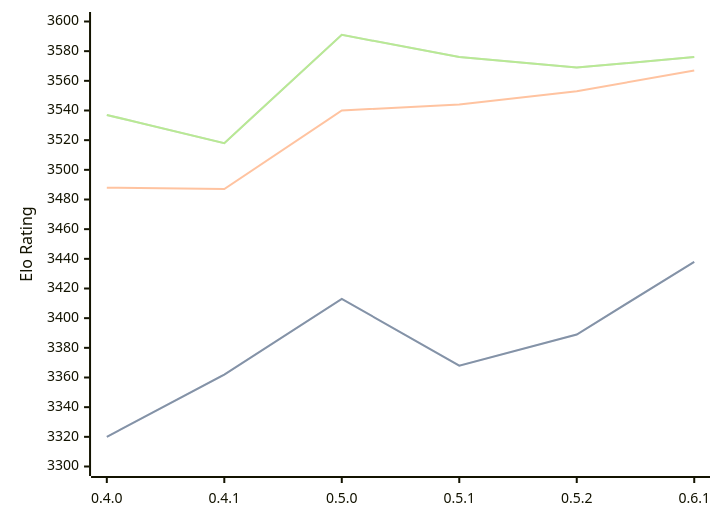
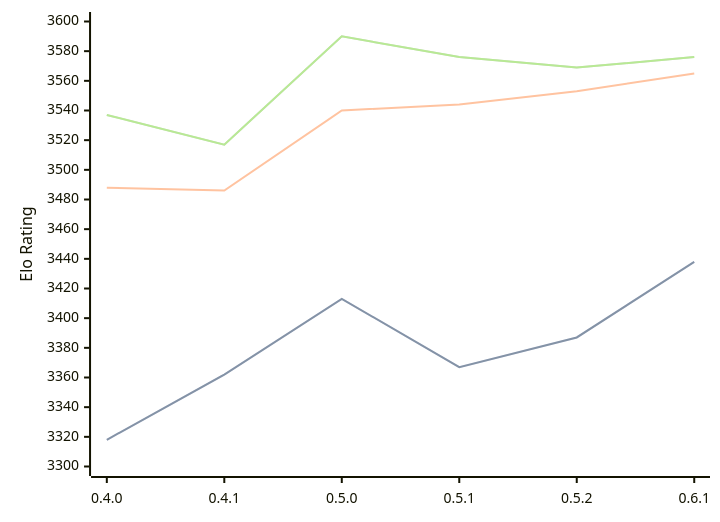
One commit to computer-chess-index/cci changed the diagram in engines/Cinder.md. Above: the diagram before and after it, drawn with Mermaid. The commit also changed other lines of this file, not shown here.

Commit message:
Update CCI Ratings (ELO VLTC) - 2026-10-01

````diff
--- a/engines/Cinder.md
+++ b/engines/Cinder.md
@@ -37,11 +37,11 @@
 ```mermaid
 %%{init: {"theme":"base","themeVariables":{"seriesColors:['#a3a3a3','#222221','#faa371']}}}%%
 xychart-beta
   x-axis ["0.4.0", "0.4.1", "0.5.0", "0.5.1", "0.5.2", "0.6.1"]
   y-axis "Elo Rating" 3300 --> 3600
-  line "" [3320, 3362, 3413, 3368, 3389, 3438]
-  line "STC (8.0+0.08s)" [3320, 3362, 3413, 3368, 3389, 3438]
-  line "LTC (60.0+0.60s)" [3488, 3487, 3540, 3544, 3553, 3567]
-  line "" [3537, 3518, 3591, 3576, 3569, 3576]
-  line "VLTC (2m24s+1.12s)" [3537, 3518, 3591, 3576, 3569, 3576]
+  line "" [3318, 3362, 3413, 3367, 3387, 3438]
+  line "STC (8.0+0.08s)" [3318, 3362, 3413, 3367, 3387, 3438]
+  line "LTC (60.0+0.60s)" [3488, 3486, 3540, 3544, 3553, 3565]
+  line "" [3537, 3517, 3590, 3576, 3569, 3576]
+  line "VLTC (2m24s+1.12s)" [3537, 3517, 3590, 3576, 3569, 3576]
 ```
````
